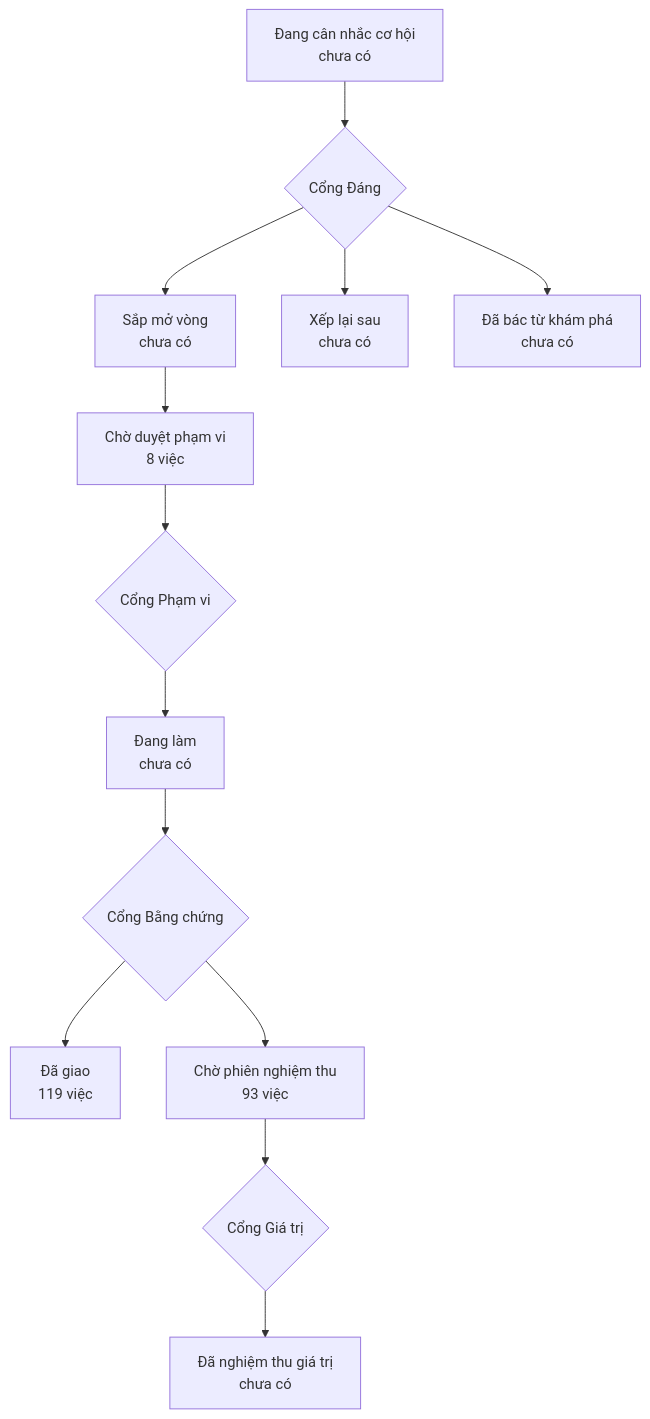
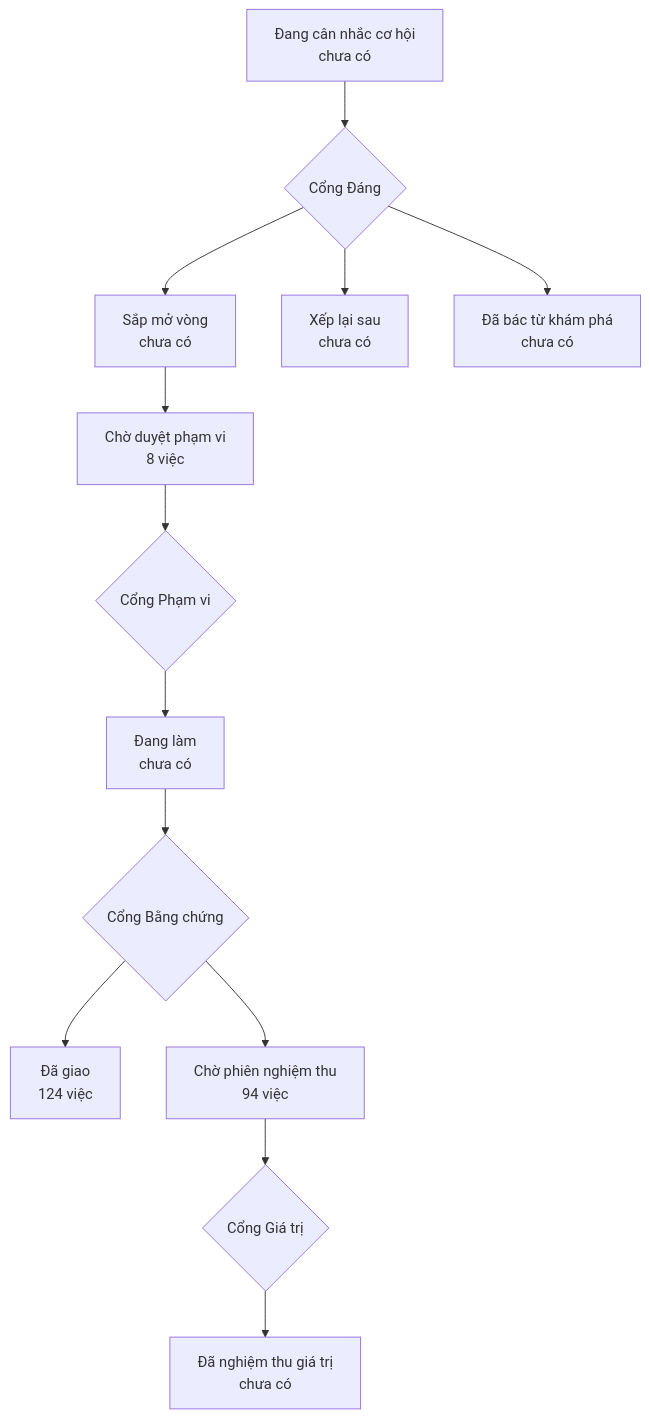
One commit to phanlemanh/onehub-invest changed the diagram in PRODUCT-MAP.md. Above: the diagram before and after it, drawn with Mermaid. The commit also changed other lines of this file and 1 other file, not shown here.

````diff
--- a/PRODUCT-MAP.md
+++ b/PRODUCT-MAP.md
@@ -7,12 +7,12 @@
 ```mermaid
 flowchart TD
   A["Đang cân nhắc cơ hội<br/>chưa có"] --> GD{"Cổng Đáng"}
   GD --> B["Sắp mở vòng<br/>chưa có"]
   GD --> XL["Xếp lại sau<br/>chưa có"]
   GD --> DB["Đã bác từ khám phá<br/>chưa có"]
   B --> CD["Chờ duyệt phạm vi<br/>8 việc"] --> GP{"Cổng Phạm vi"}
   GP --> DL["Đang làm<br/>chưa có"] --> GB{"Cổng Bằng chứng"}
-  GB --> DG["Đã giao<br/>119 việc"]
-  GB --> CN["Chờ phiên nghiệm thu<br/>93 việc"] --> GG{"Cổng Giá trị"}
+  GB --> DG["Đã giao<br/>124 việc"]
+  GB --> CN["Chờ phiên nghiệm thu<br/>94 việc"] --> GG{"Cổng Giá trị"}
   GG --> NT["Đã nghiệm thu giá trị<br/>chưa có"]
 ```
````
